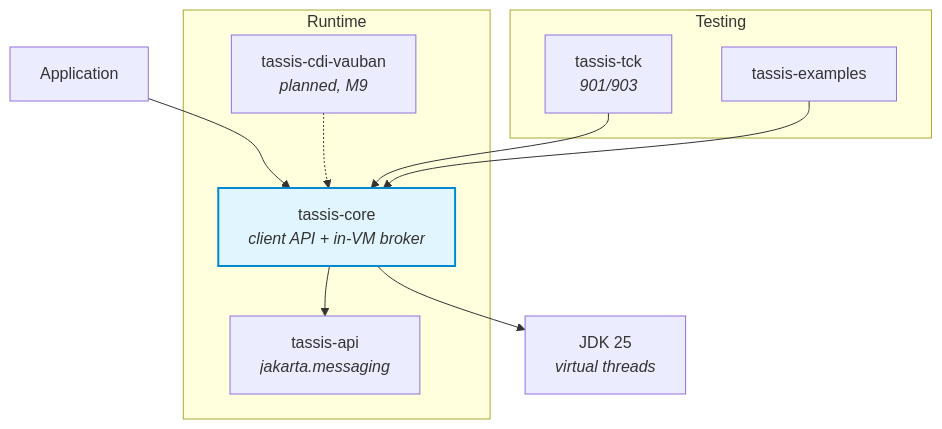
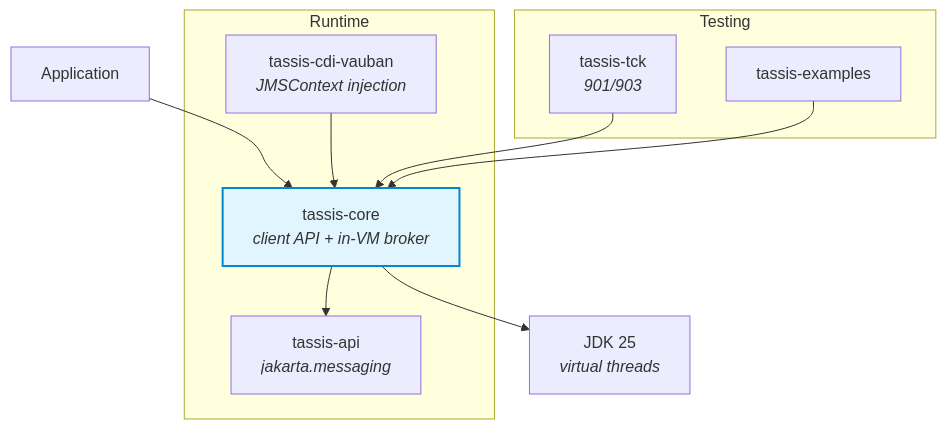
Before and after one commit to vidocq-stack/tassis: the diagram in README.md, drawn with Mermaid. The commit also changed other lines of this file and 26 other files, not shown here.

First line of the commit message:
feat(tassis): M9 JMSContext injection with CDI through Vauban

````diff
--- a/README.md
+++ b/README.md
@@ -183,16 +212,16 @@
 ```mermaid
 graph TB
     APP[Application] --> CORE
     subgraph "Runtime"
         CORE[tassis-core<br/><i>client API + in-VM broker</i>] --> API[tassis-api<br/><i>jakarta.messaging</i>]
-        CDI[tassis-cdi-vauban<br/><i>planned, M9</i>] -.-> CORE
+        CDI[tassis-cdi-vauban<br/><i>JMSContext injection</i>] --> CORE
     end
     subgraph "Testing"
         TCK[tassis-tck<br/><i>901/903</i>]
         EX[tassis-examples]
     end
     TCK --> CORE
     EX --> CORE
     CORE --> JDK[JDK 25<br/><i>virtual threads</i>]
     style CORE fill:#e1f5fe,stroke:#0288d1,stroke-width:2px
 ```
````
